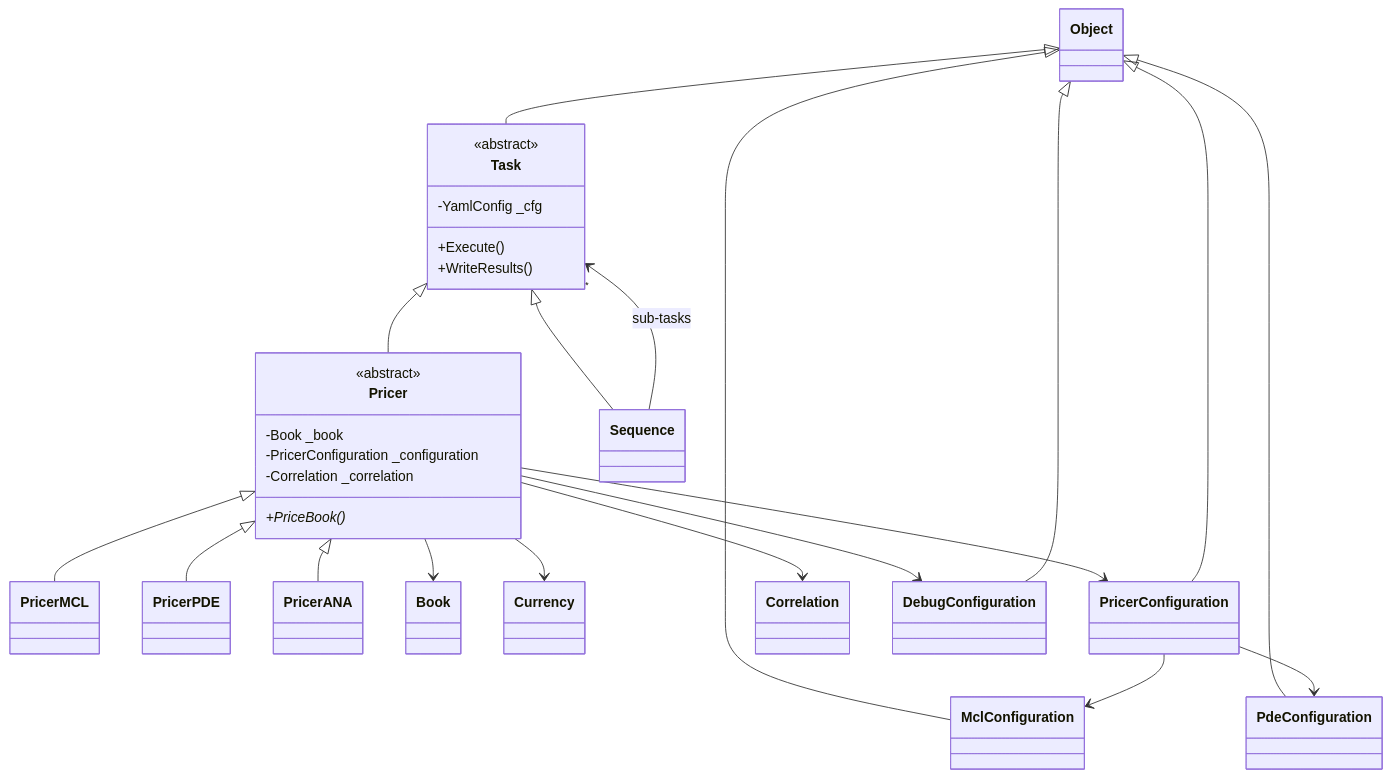
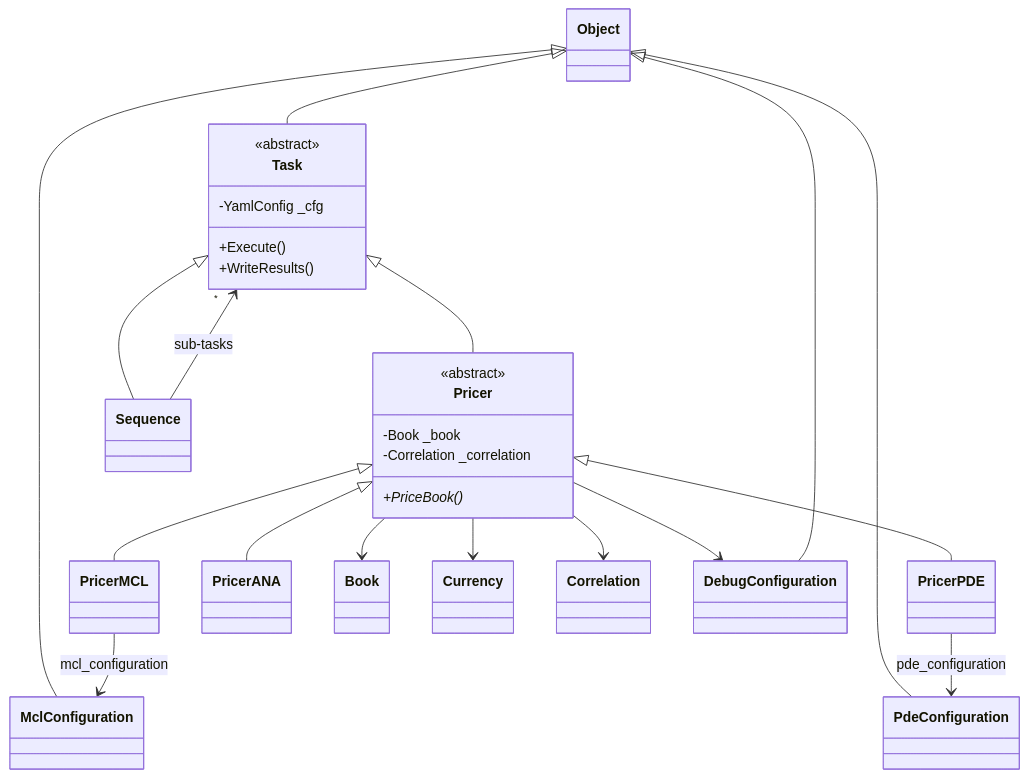
The fourth of 6 diagrams in docs/architecture.md (GValas/Thoth), drawn with Mermaid before and after one commit. The commit also changed other lines of this file and 49 other files, not shown here.

````diff
--- a/docs/architecture.md
+++ b/docs/architecture.md
@@ -165,37 +166,34 @@
 ```mermaid
 classDiagram
     class Task {
         <<abstract>>
         -YamlConfig _cfg
         +Execute()
         +WriteResults()
     }
     class Pricer {
         <<abstract>>
         -Book _book
-        -PricerConfiguration _configuration
         -Correlation _correlation
         +PriceBook()*
     }
 
     Object <|-- Task
     Task <|-- Pricer
     Task <|-- Sequence
     Pricer <|-- PricerMCL
     Pricer <|-- PricerPDE
     Pricer <|-- PricerANA
 
     Pricer --> Book
     Pricer --> Currency
-    Pricer --> PricerConfiguration
     Pricer --> Correlation
     Pricer --> DebugConfiguration
     Sequence --> "*" Task : sub-tasks
 
-    Object <|-- PricerConfiguration
     Object <|-- MclConfiguration
     Object <|-- PdeConfiguration
     Object <|-- DebugConfiguration
-    PricerConfiguration --> MclConfiguration
-    PricerConfiguration --> PdeConfiguration
+    PricerMCL --> MclConfiguration : mcl_configuration
+    PricerPDE --> PdeConfiguration : pde_configuration
 ```
````
